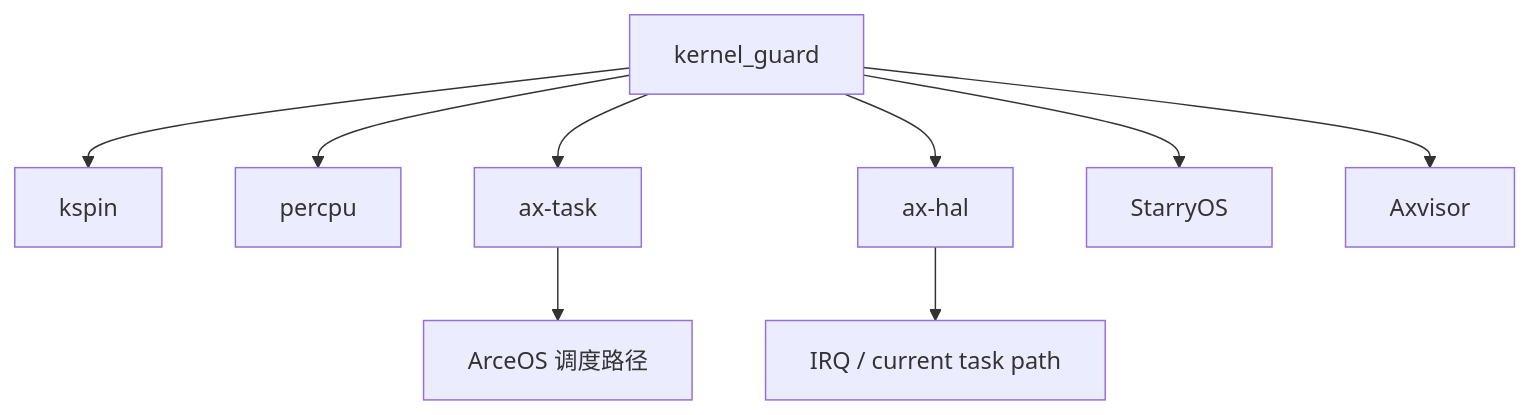
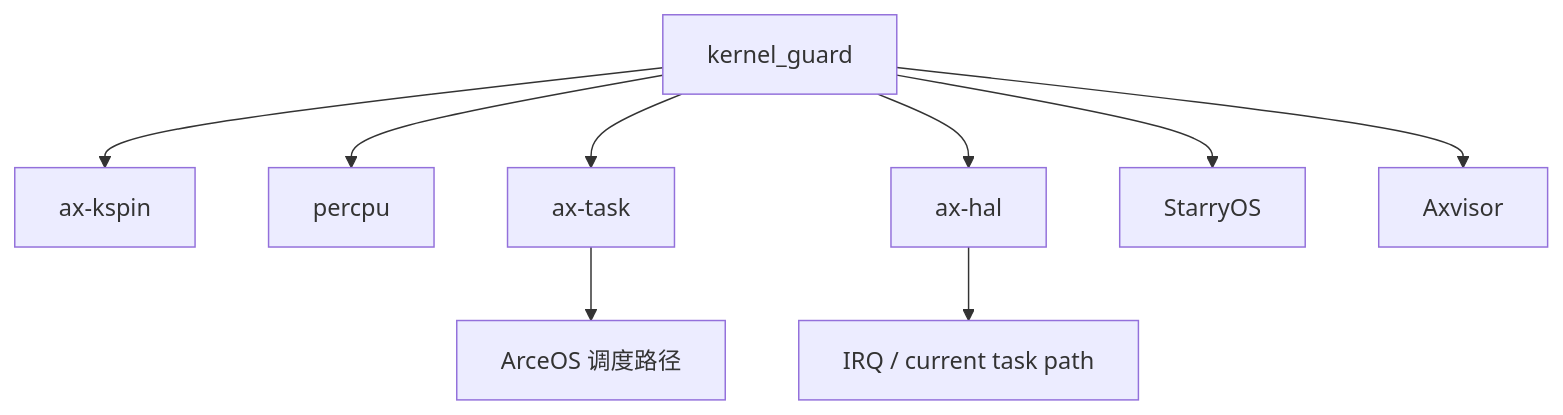
One commit to zKurisu/tgoskits changed the diagram in docs/crates/kernel_guard.md. Above: the diagram before and after it, drawn with Mermaid. The commit also changed other lines of this file and 101 other files, not shown here.

````diff
--- a/docs/crates/kernel_guard.md
+++ b/docs/crates/kernel_guard.md
@@ -142,11 +142,11 @@
 ```mermaid
 graph TD
-    A[kernel_guard] --> B[kspin]
+    A[kernel_guard] --> B[ax-kspin]
     A --> C[percpu]
     A --> D[ax-task]
     A --> E[ax-hal]
     D --> F[ArceOS 调度路径]
     E --> G[IRQ / current task path]
     A --> H[StarryOS]
     A --> I[Axvisor]
 ```
````
